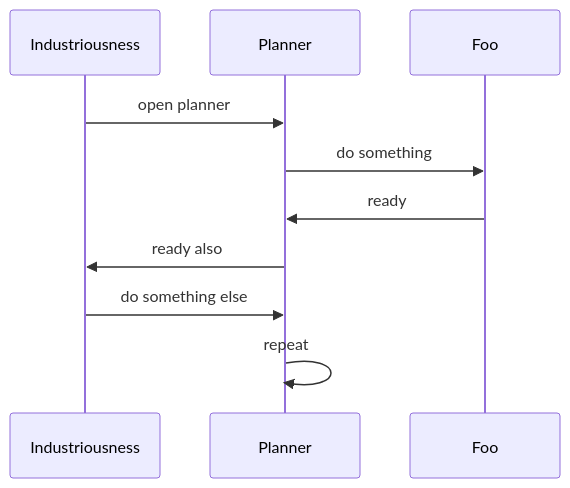
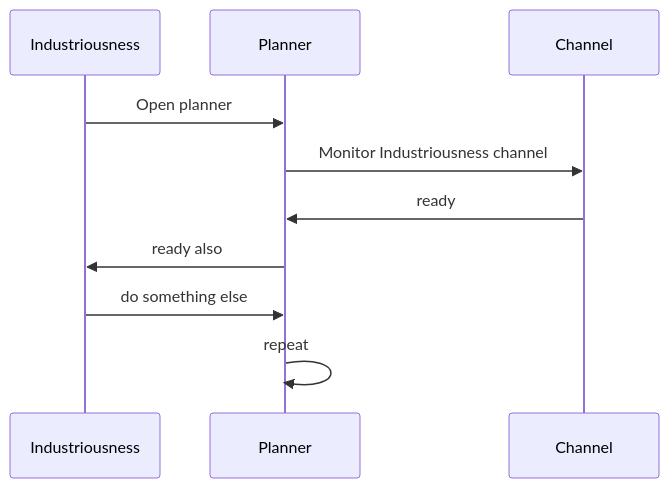
One commit to vanHeemstraSystems/industriousness changed the second of 2 diagrams in 300/README.md. Above: the diagram before and after it, drawn with Mermaid.

````diff
--- a/300/README.md
+++ b/300/README.md
@@ -21,12 +21,12 @@
 ```mermaid
 sequenceDiagram
     participant Industriousness
     participant Planner
-    participant Foo
-    Industriousness->>Planner: open planner
-    Planner->>Foo: do something
-    Foo->>Planner: ready
+    participant Channel
+    Industriousness->>Planner: Open planner
+    Planner->>Channel: Monitor Industriousness channel
+    Channel->>Planner: ready
     Planner->>Industriousness: ready also
     Industriousness->>Planner: do something else
     Planner->>Planner: repeat
 ```
````
